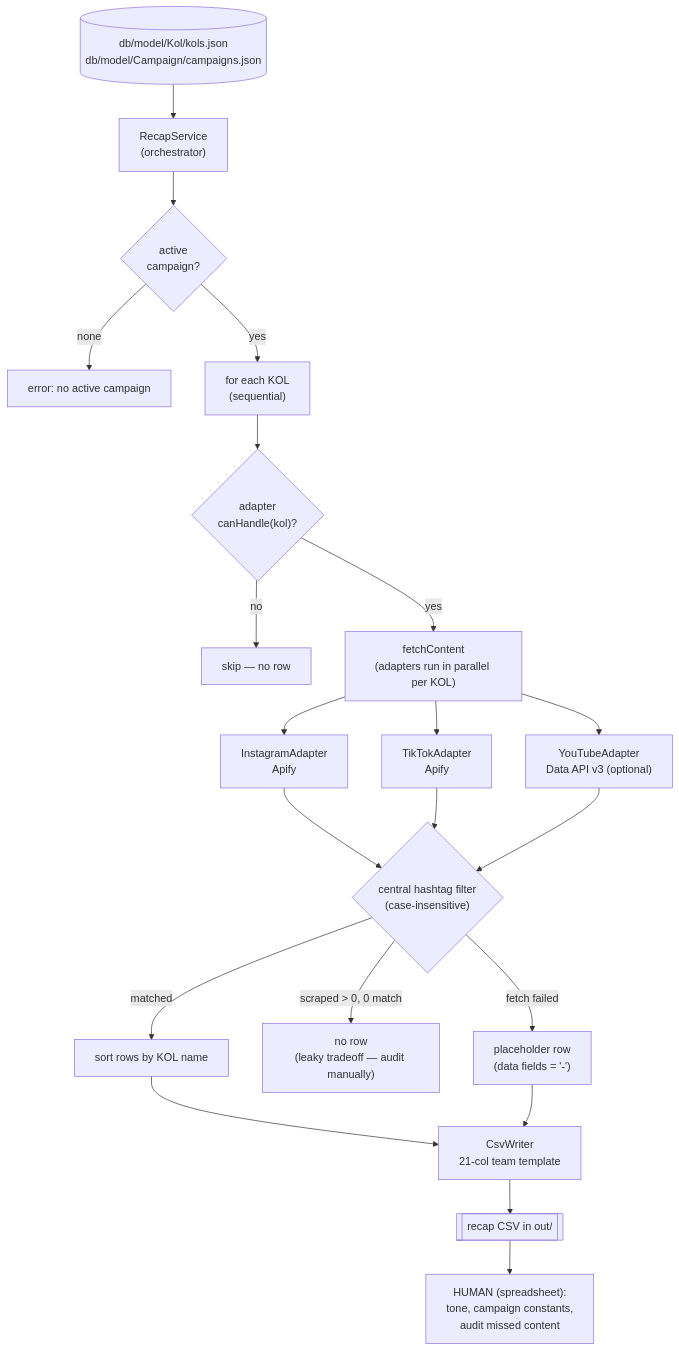
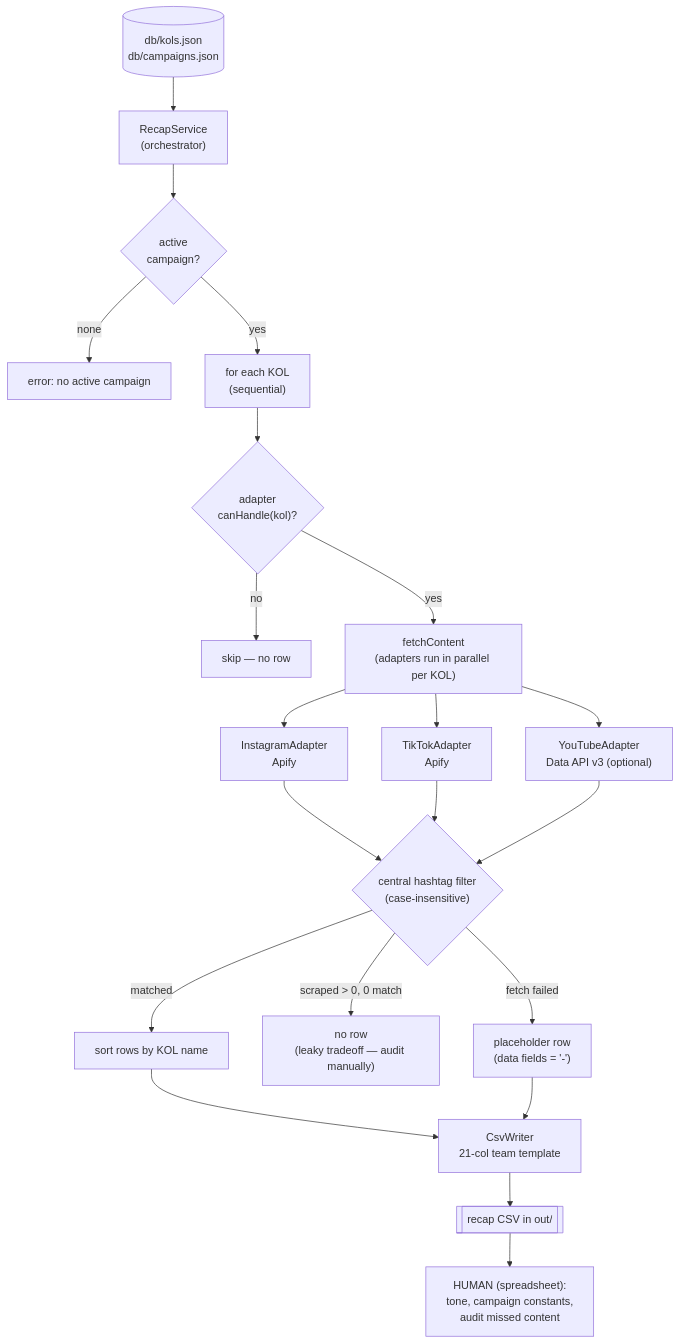
The diagram in README.md (zuarxanna/kol-recap-bot), drawn with Mermaid before and after one commit. The commit also changed other lines of this file and 16 other files, not shown here.

````diff
--- a/README.md
+++ b/README.md
@@ -34,28 +34,28 @@
 ```mermaid
 flowchart TD
-  DB[("db/model/Kol/kols.json<br/>db/model/Campaign/campaigns.json")] --> RS["RecapService<br/>(orchestrator)"]
+  DB[("db/kols.json<br/>db/campaigns.json")] --> RS["RecapService<br/>(orchestrator)"]
   RS --> AC{"active<br/>campaign?"}
   AC -- none --> ERR["error: no active campaign"]
   AC -- yes --> LOOP["for each KOL<br/>(sequential)"]
 
   LOOP --> CH{"adapter<br/>canHandle(kol)?"}
   CH -- no --> SKIP["skip — no row"]
   CH -- yes --> FETCH["fetchContent<br/>(adapters run in parallel per KOL)"]
 
   FETCH --> IG["InstagramAdapter<br/>Apify"]
   FETCH --> TT["TikTokAdapter<br/>Apify"]
   FETCH --> YT["YouTubeAdapter<br/>Data API v3 (optional)"]
 
   IG --> FILTER
   TT --> FILTER
   YT --> FILTER{"central hashtag filter<br/>(case-insensitive)"}
 
   FILTER -- matched --> SORT["sort rows by KOL name"]
   FILTER -- "scraped &gt; 0, 0 match" --> MISS["no row<br/>(leaky tradeoff — audit manually)"]
   FILTER -- "fetch failed" --> PLACE["placeholder row<br/>(data fields = '-')"]
 
   SORT --> CSV["CsvWriter<br/>21-col team template"]
   PLACE --> CSV
   CSV --> OUT[["recap CSV in out/"]]
   OUT --> HUMAN["HUMAN (spreadsheet):<br/>tone, campaign constants,<br/>audit missed content"]
 ```
````
